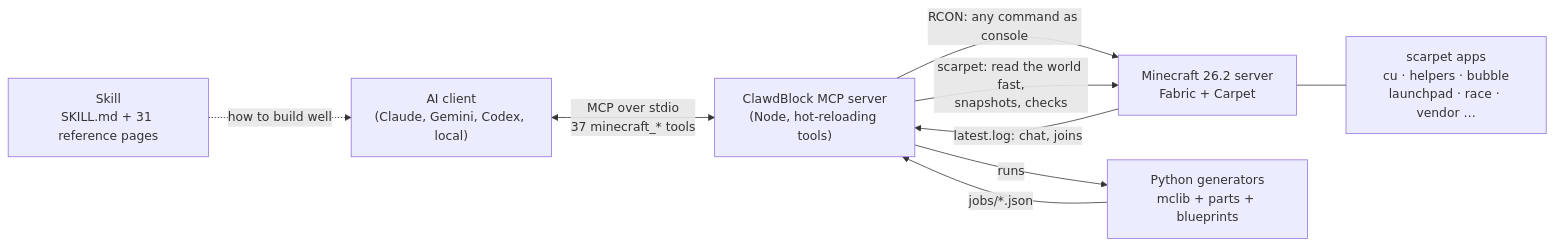
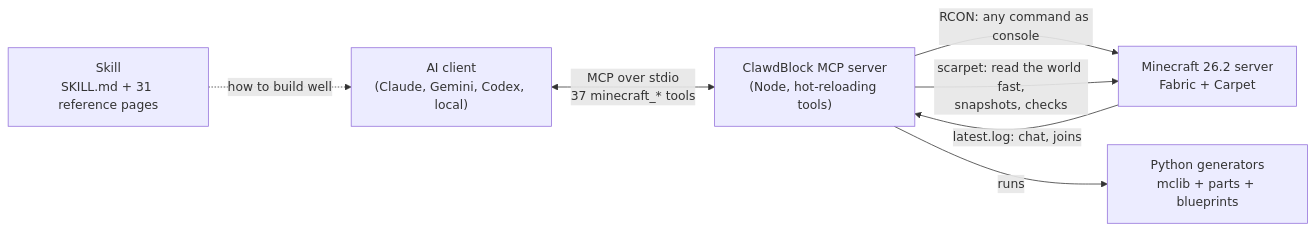
One commit to sagistiki/pink-golem changed the diagram in README.md. Above: the diagram before and after it, drawn with Mermaid. The commit also changed other lines of this file and 6 other files, not shown here.

````diff
--- a/README.md
+++ b/README.md
@@ -133,11 +97,9 @@
 ```mermaid
 flowchart LR
     AI["AI client<br/>(Claude, Gemini, Codex, local)"] <-- "MCP over stdio<br/>37 minecraft_* tools" --> MCP["ClawdBlock MCP server<br/>(Node, hot-reloading tools)"]
     MCP -- "RCON: any command as console" --> MC["Minecraft 26.2 server<br/>Fabric + Carpet"]
     MC -- "latest.log: chat, joins" --> MCP
     MCP -- "scarpet: read the world fast,<br/>snapshots, checks" --> MC
-    MC --- APPS["scarpet apps<br/>cu · helpers · bubble<br/>launchpad · race · vendor …"]
     MCP -- "runs" --> GEN["Python generators<br/>mclib + parts + blueprints"]
-    GEN -- "jobs/*.json" --> MCP
     SKILL["Skill<br/>SKILL.md + 31 reference pages"] -. "how to build well" .-> AI
 ```
````
